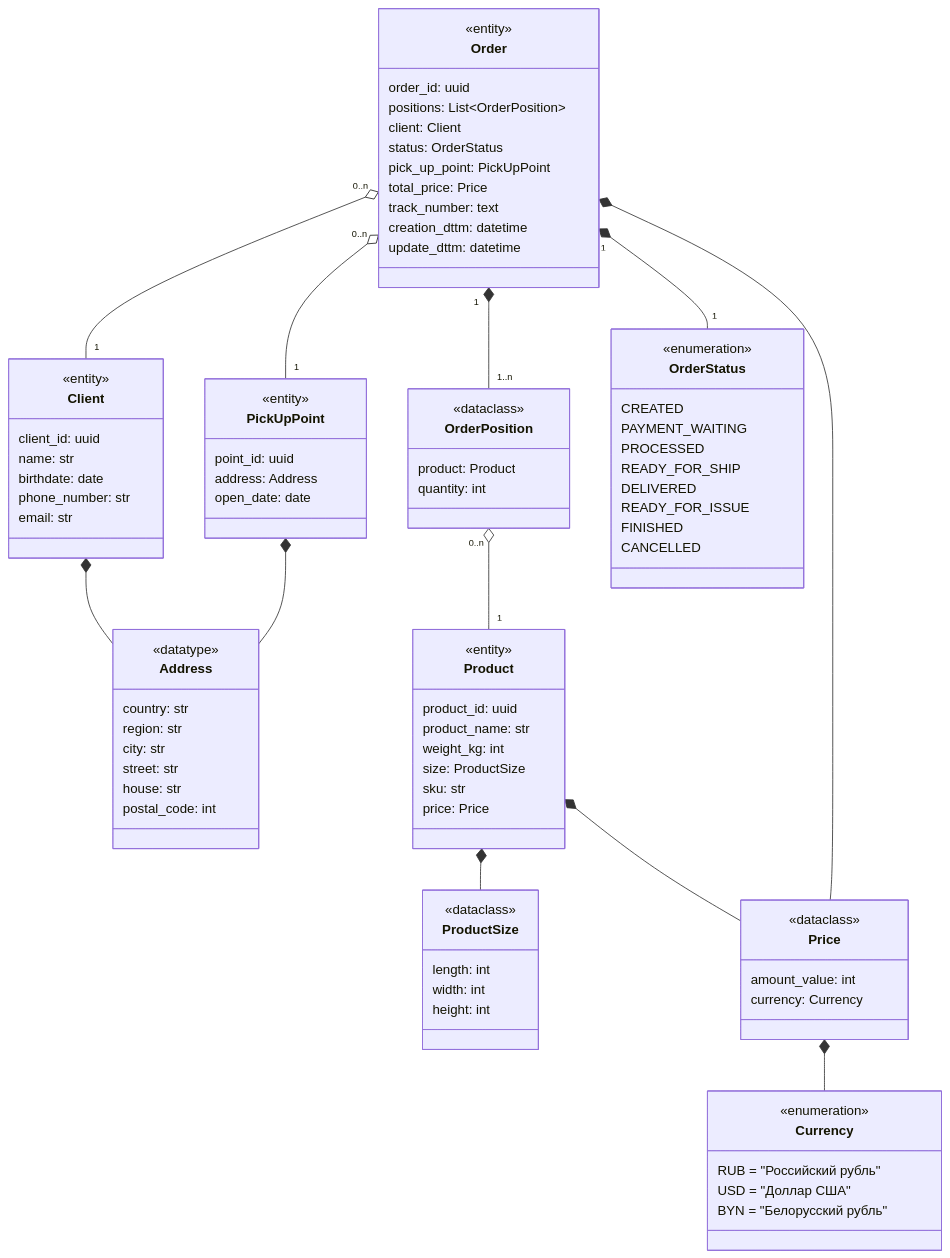
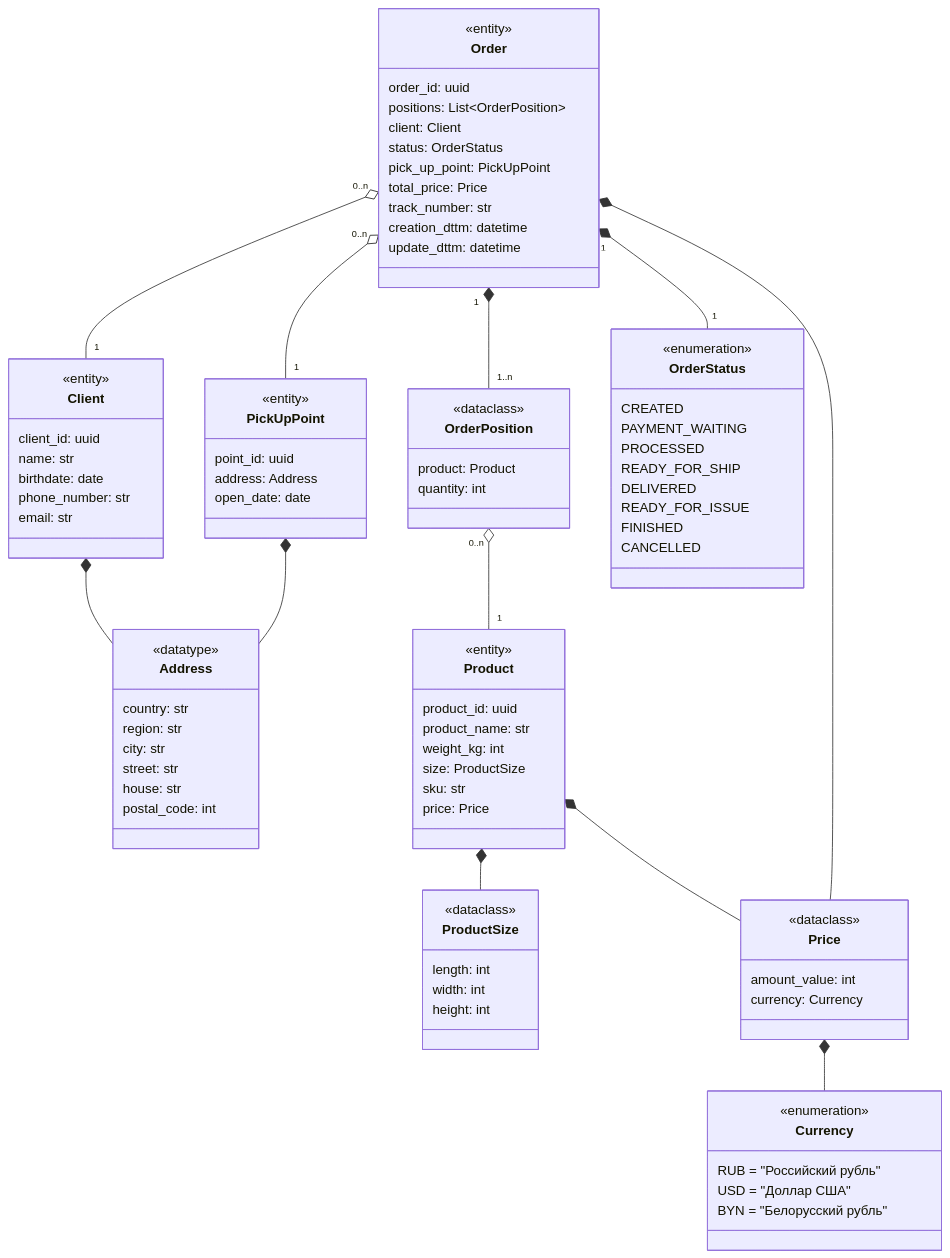
The third of 6 diagrams in docs/db_schema/Сервисы предприятия.md (vgorbikov/dq-practice), drawn with Mermaid before and after one commit. The commit also changed other lines of this file and 1 other file, not shown here.

Commit message:
upd raw data specification

```diff
--- a/docs/db_schema/Сервисы предприятия.md
+++ b/docs/db_schema/Сервисы предприятия.md
@@ -134,7 +134,7 @@
     status: OrderStatus
     pick_up_point: PickUpPoint
     total_price: Price
-    track_number: text
+    track_number: str
     creation_dttm: datetime
     update_dttm: datetime
 }
```
